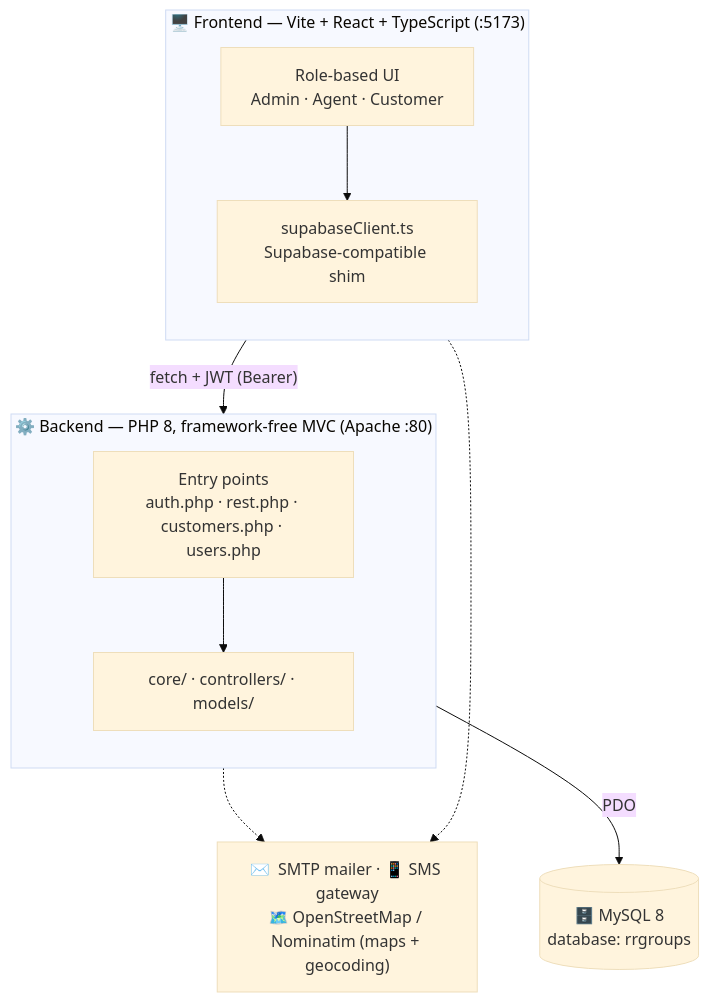
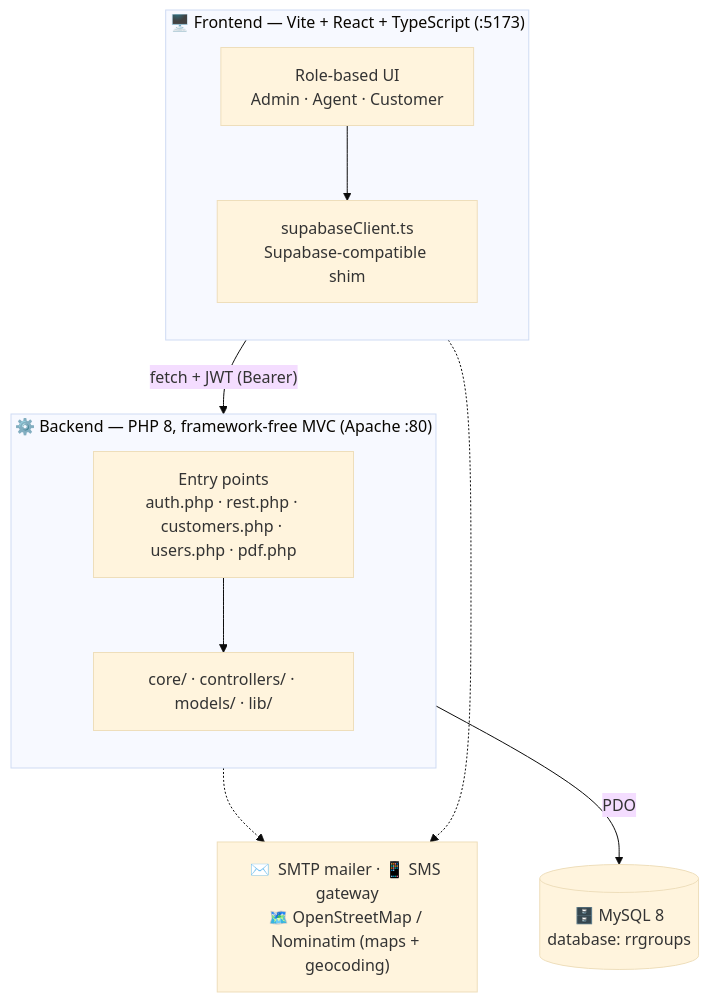
Before and after one commit to anantha-ctrl/RR_Groups: the first of 5 diagrams in README.md, drawn with Mermaid (base theme). The commit also changed other lines of this file, not shown here.

Commit message:
RR_Group

````diff
--- a/README.md
+++ b/README.md
@@ -20,25 +20,25 @@
 ```mermaid
 flowchart TD
     subgraph Client["🖥️  Frontend — Vite + React + TypeScript  (:5173)"]
         direction TB
         UI["Role-based UI<br/>Admin · Agent · Customer"]
         Shim["supabaseClient.ts<br/>Supabase-compatible shim"]
         UI --> Shim
     end
 
     subgraph Server["⚙️  Backend — PHP 8, framework-free MVC  (Apache :80)"]
         direction TB
-        Entry["Entry points<br/>auth.php · rest.php · customers.php · users.php"]
-        Core["core/ · controllers/ · models/"]
+        Entry["Entry points<br/>auth.php · rest.php · customers.php · users.php · pdf.php"]
+        Core["core/ · controllers/ · models/ · lib/"]
         Entry --> Core
     end
 
     DB[("🗄️  MySQL 8<br/>database: rrgroups")]
 
     Shim -- "fetch + JWT (Bearer)" --> Entry
     Core -- "PDO" --> DB
 
     Ext["✉️  SMTP mailer · 📱 SMS gateway<br/>🗺️ OpenStreetMap / Nominatim (maps + geocoding)"]
     Core -.-> Ext
     Shim -.-> Ext
 ```
````
